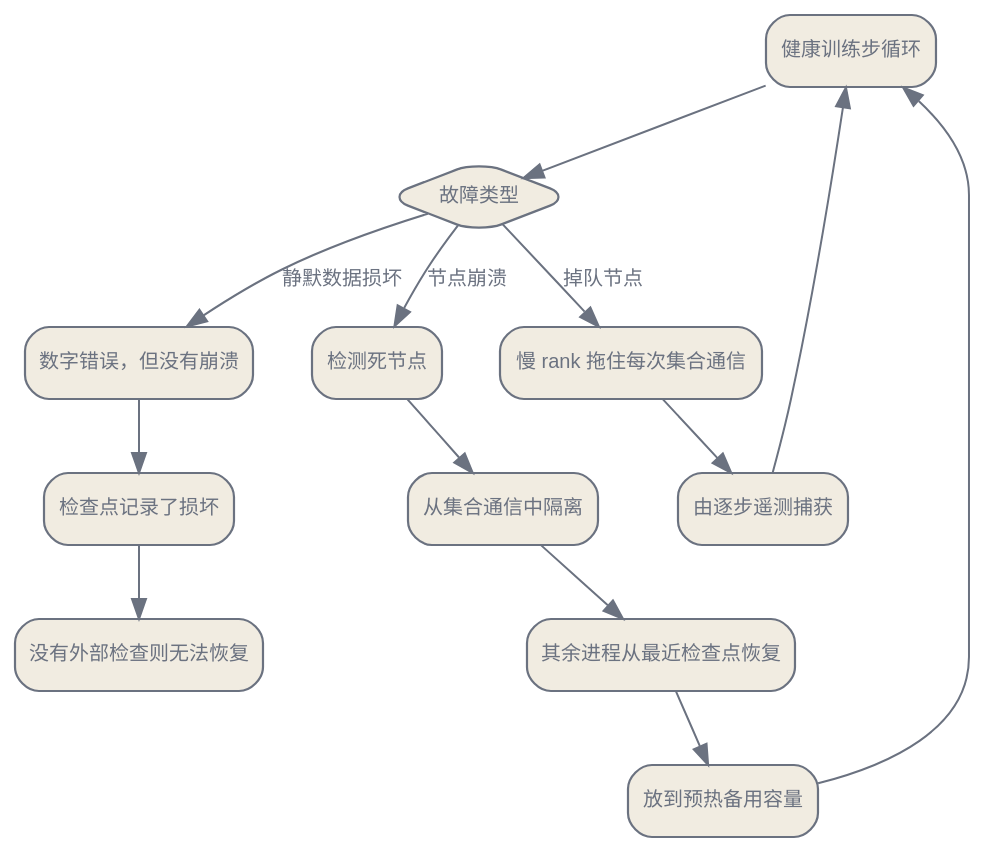
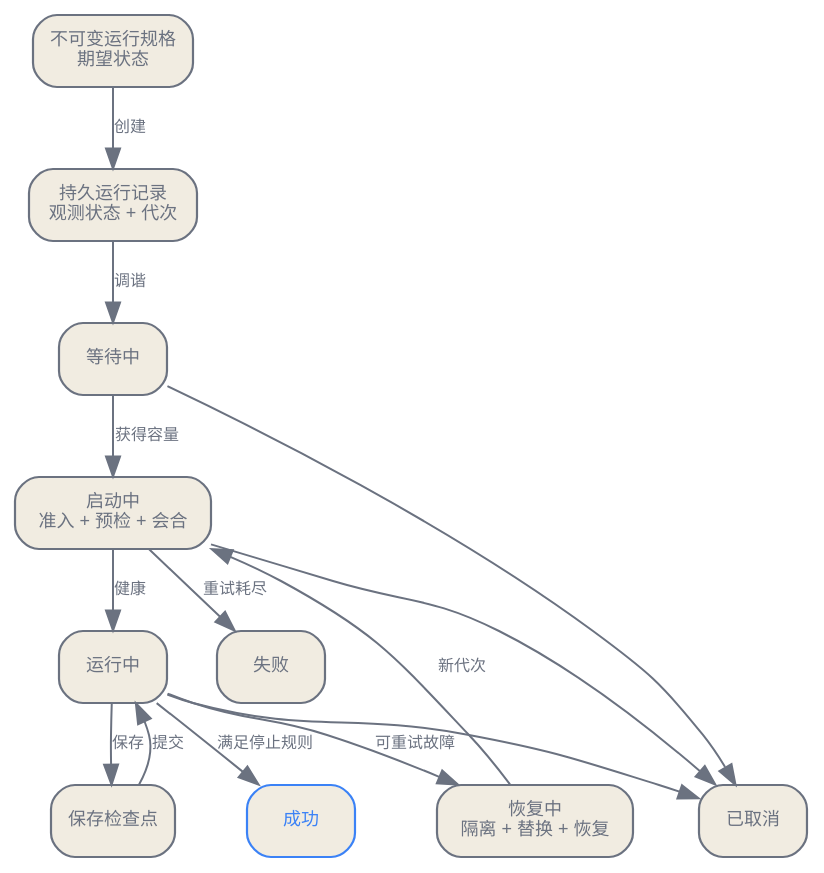
The first of 3 diagrams in zh/infrastructure/04-orchestration-data-infra.qmd (latere-ai/ai-as-an-infrastructure), drawn with Graphviz before and after one commit. The commit also changed other lines of this file and 2 other files, not shown here.

Commit message:
docs: rewrite Chinese orchestration chapter

````diff
--- a/zh/infrastructure/04-orchestration-data-infra.qmd
+++ b/zh/infrastructure/04-orchestration-data-infra.qmd
@@ -59,36 +26,37 @@
 ```{dot}
-//| label: fig-orchestration-recovery
-//| fig-cap: "一次可检测的崩溃被捕获并路由到在备用容量上的弹性重启。那些不会显式崩溃的故障绕过这条路径，必须由可观测性捕获，而对静默损坏而言，则无法从任何检查点恢复。"
+//| label: fig-orchestration-control-loop
+//| fig-cap: "控制平面持久保存期望状态与观测状态，再通过准入、执行、恢复与终止状态，持续调谐一个受隔离令牌保护的运行代次。"
 digraph {
   bgcolor="transparent";
   rankdir=TB;
-  nodesep=0.4; ranksep=0.5;
-  node [shape=box, style="rounded,filled", fontname="Helvetica", fontsize=10, color="#6b7280", fontcolor="#6b7280", fillcolor="#f1ece1", penwidth=1.1];
-  edge [fontsize=10, fontname="Helvetica", color="#6b7280", fontcolor="#6b7280"];
+  nodesep=0.35; ranksep=0.45;
+  node [shape=box, style="rounded,filled", fontname="Helvetica", fontsize=9,
+        color="#6b7280", fontcolor="#6b7280", fillcolor="#f1ece1", penwidth=1.1];
+  edge [fontname="Helvetica", fontsize=8, color="#6b7280", fontcolor="#6b7280"];
 
-  H [label="健康训练步循环"];
-  F [label="故障类型", shape=diamond];
-  D [label="检测死节点"];
-  N [label="从集合通信中隔离"];
-  R [label="其余进程从最近检查点恢复"];
-  W [label="放到预热备用容量"];
-  SL [label="慢 rank 拖住每次集合通信"];
-  O [label="由逐步遥测捕获"];
-  SC [label="数字错误，但没有崩溃"];
-  X [label="检查点记录了损坏"];
-  U [label="没有外部检查则无法恢复"];
+  spec [label="不可变运行规格\n期望状态"];
+  record [label="持久运行记录\n观测状态 + 代次"];
+  pending [label="等待中"];
+  starting [label="启动中\n准入 + 预检 + 会合"];
+  running [label="运行中"];
+  checkpointing [label="保存检查点"];
+  recovering [label="恢复中\n隔离 + 替换 + 恢复"];
+  succeeded [label="成功", color="#3b82f6", fontcolor="#3b82f6"];
+  failed [label="失败"];
+  cancelled [label="已取消"];
 
-  H -> F;
-  F -> D [label="节点崩溃"];
-  D -> N;
-  N -> R;
-  R -> W;
-  W -> H;
-  F -> SL [label="掉队节点"];
-  SL -> O;
-  O -> H;
-  F -> SC [label="静默数据损坏"];
-  SC -> X;
-  X -> U;
+  spec -> record [label="创建", weight=10];
+  record -> pending [label="调谐", weight=10];
+  pending -> starting [label="获得容量", weight=10];
+  starting -> running [label="健康", weight=10];
+  running -> checkpointing [label="保存", weight=10];
+  checkpointing -> running [label="提交"];
+  running -> recovering [label="可重试故障"];
+  recovering -> starting [label="新代次"];
+  starting -> failed [label="重试耗尽"];
+  running -> succeeded [label="满足停止规则"];
+  pending -> cancelled;
+  starting -> cancelled;
+  running -> cancelled;
 }
 ```
````
